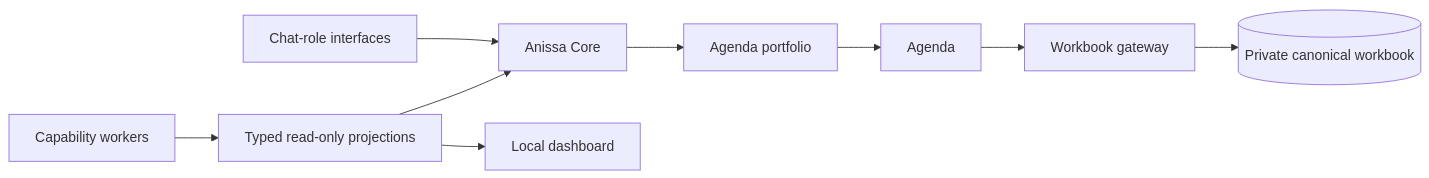
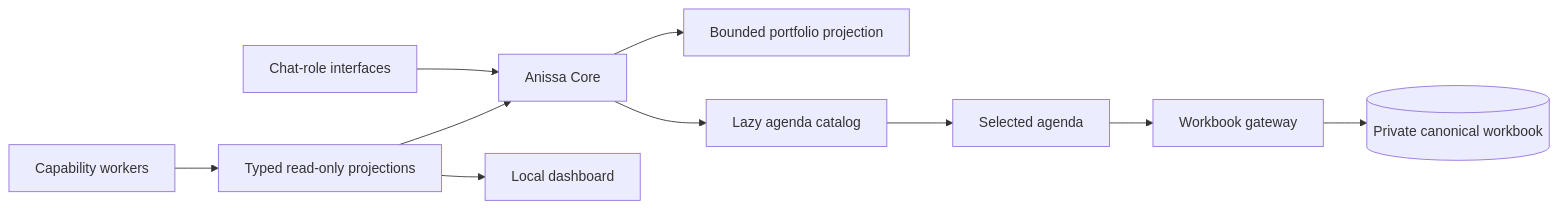
One commit to goutham-1902/project-anissa changed the first of 2 diagrams in README.md. Above: the diagram before and after it, drawn with Mermaid. The commit also changed other lines of this file and 22 other files, not shown here.

````diff
--- a/README.md
+++ b/README.md
@@ -10,11 +10,12 @@
 ```mermaid
 flowchart LR
     Roles[Chat-role interfaces] --> Core[Anissa Core]
-    Core --> Portfolio[Agenda portfolio]
-    Portfolio --> Agenda[Agenda]
+    Core --> Portfolio[Bounded portfolio projection]
+    Core --> Catalog[Lazy agenda catalog]
+    Catalog --> Agenda[Selected agenda]
     Agenda --> Gateway[Workbook gateway]
     Gateway --> Brain[(Private canonical workbook)]
     Workers[Capability workers] --> Projection[Typed read-only projections]
     Projection --> Core
     Projection --> Dashboard[Local dashboard]
 ```
````
